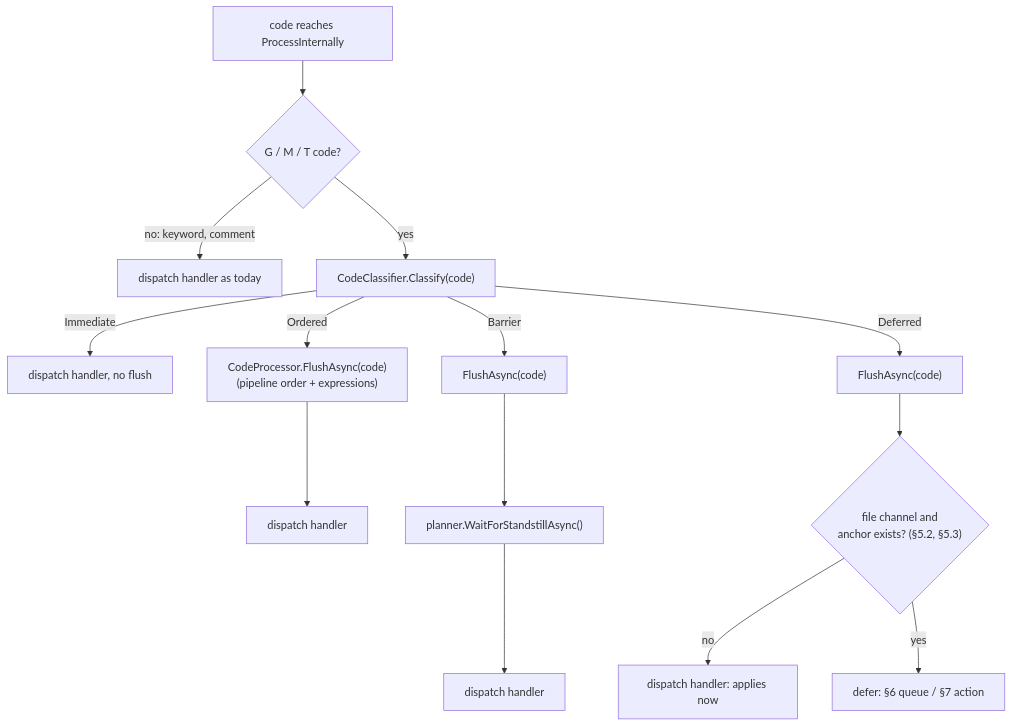
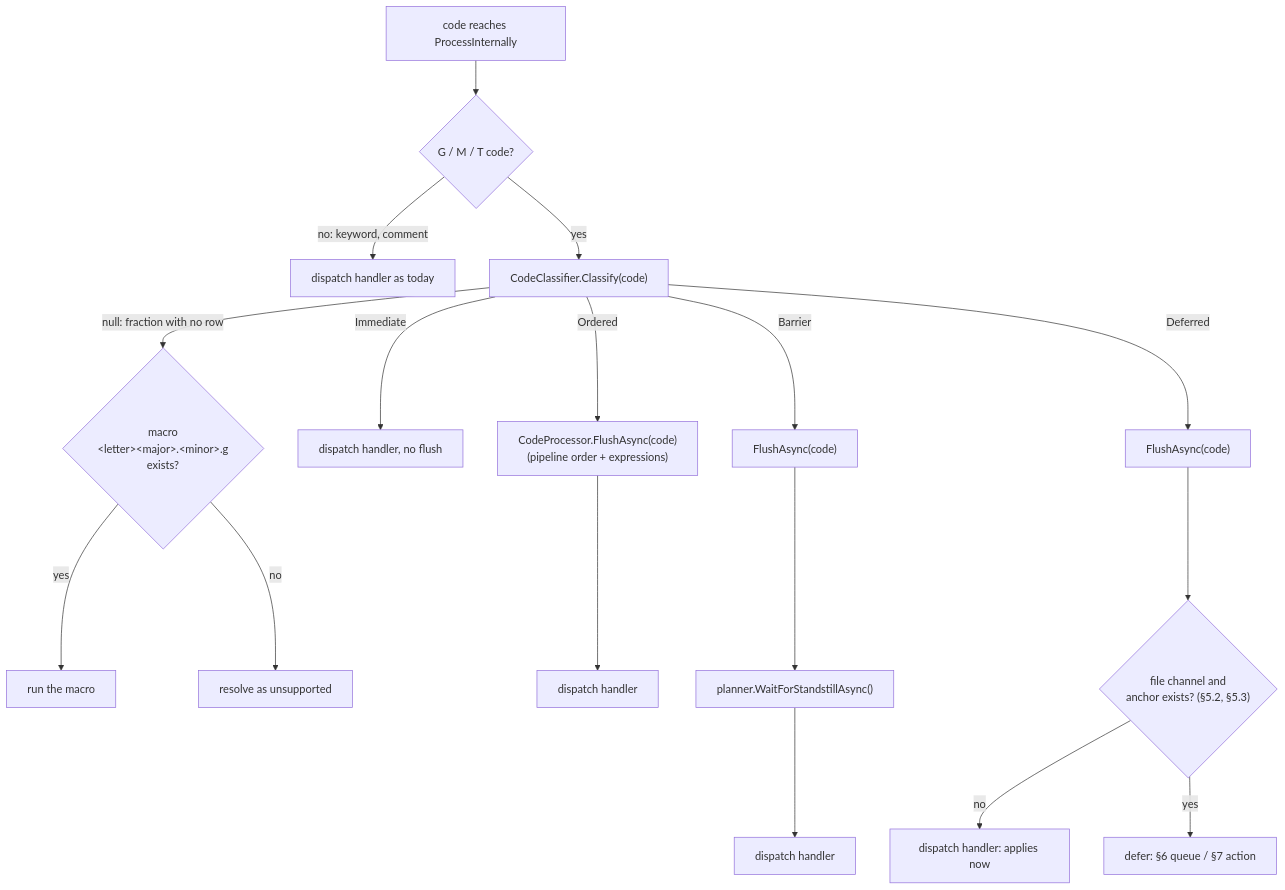
The first of 3 diagrams in docs/devel/MOTION_SYNCHRONISED_ACTIONS.md (Duet3D/DuetSoftwareFramework), drawn with Mermaid before and after one commit. The commit also changed other lines of this file, not shown here.

````diff
--- a/docs/devel/MOTION_SYNCHRONISED_ACTIONS.md
+++ b/docs/devel/MOTION_SYNCHRONISED_ACTIONS.md
@@ -247,12 +285,15 @@
 ```mermaid
 flowchart TD
     A[code reaches ProcessInternally] --> B{G / M / T code?}
     B -- no: keyword, comment --> D0[dispatch handler as today]
     B -- yes --> C["CodeClassifier.Classify(code)"]
+    C -- "null: fraction with no row" --> M0{"macro<br/>&lt;letter&gt;&lt;major&gt;.&lt;minor&gt;.g<br/>exists?"}
+    M0 -- yes --> M1[run the macro]
+    M0 -- no --> M2["resolve as unsupported"]
     C -- Immediate --> D1[dispatch handler, no flush]
     C -- Ordered --> F1["CodeProcessor.FlushAsync(code)<br/>(pipeline order + expressions)"] --> D2[dispatch handler]
     C -- Barrier --> F2["FlushAsync(code)"] --> W["planner.WaitForStandstillAsync()"] --> D3[dispatch handler]
     C -- Deferred --> F3["FlushAsync(code)"] --> G{"file channel and<br/>anchor exists? (§5.2, §5.3)"}
     G -- no --> D4[dispatch handler: applies now]
     G -- yes --> H["defer: §6 queue / §7 action"]
 ```
````
